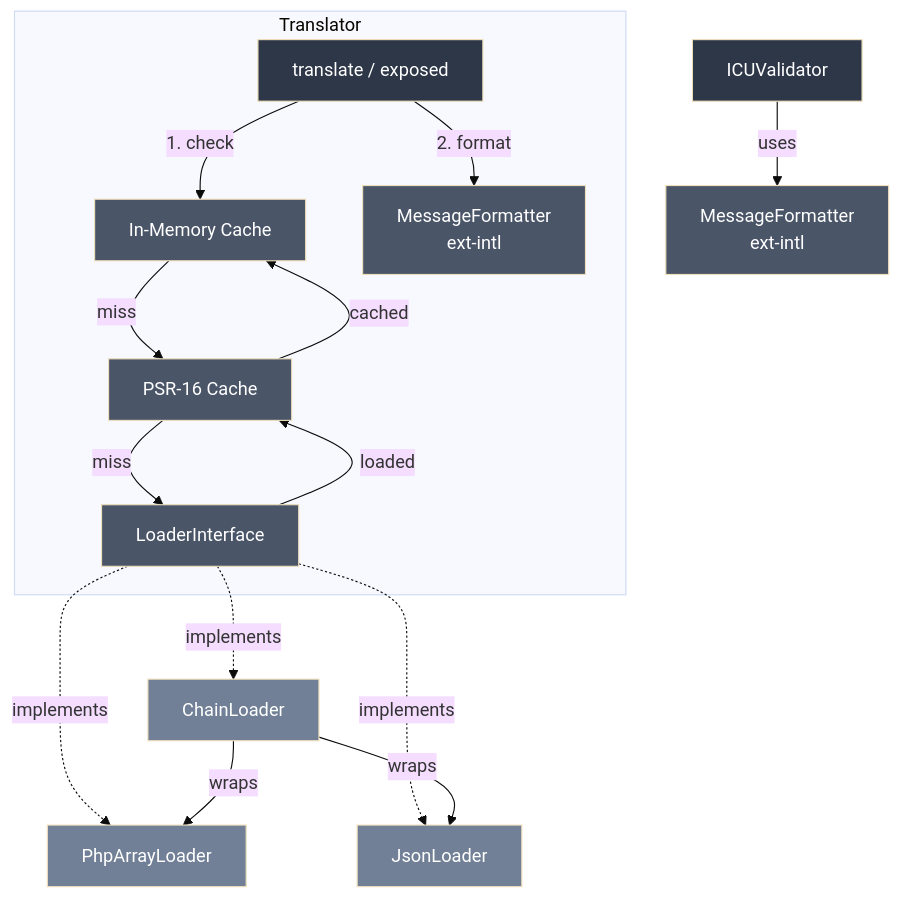
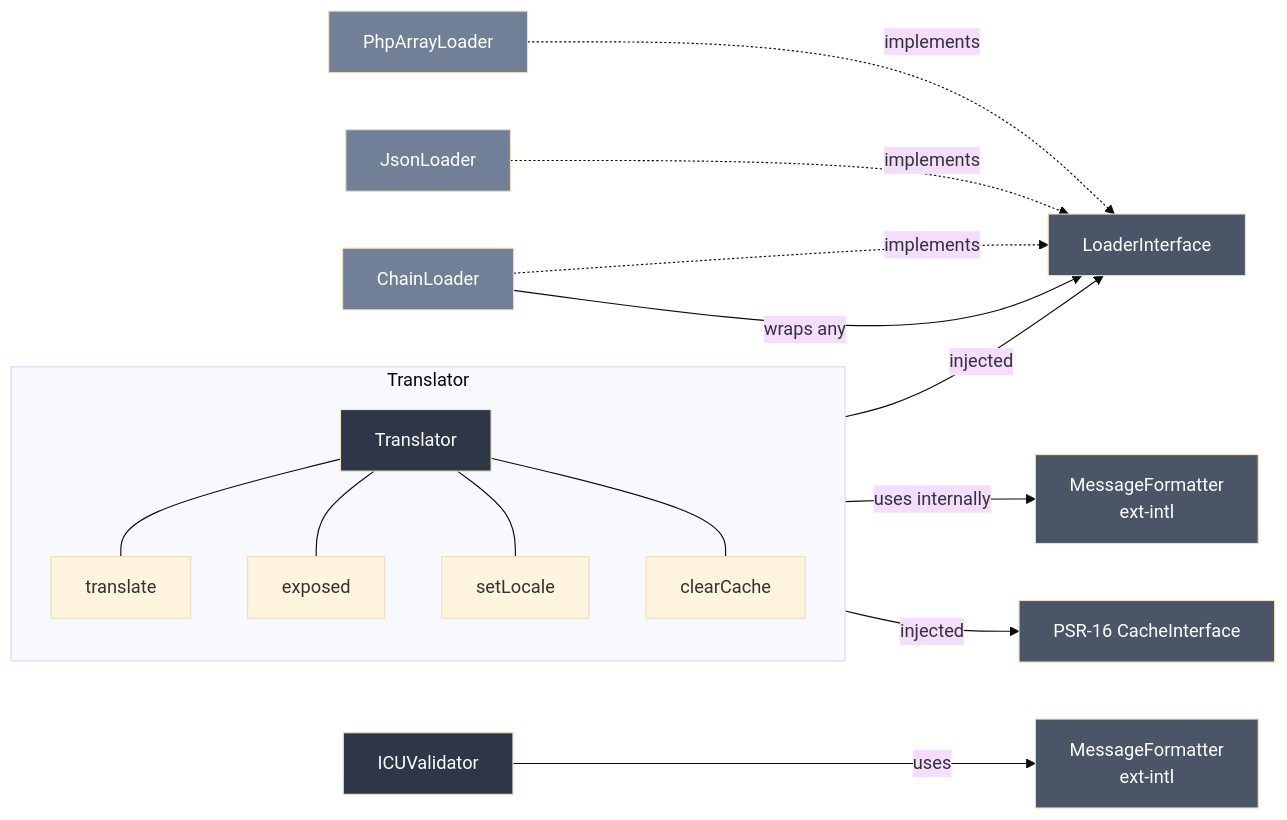
Before and after one commit to phpdot/i18n: the first of 2 diagrams in README.md, drawn with Mermaid (base theme). The commit also changed other lines of this file, not shown here.

Commit message:
Rewrite architecture and translation flow as proper Mermaid diagrams

````diff
--- a/README.md
+++ b/README.md
@@ -13,30 +13,32 @@
 ```mermaid
-graph TD
+graph LR
     subgraph Translator
-        TR[translate / exposed] -->|1. check| MEM[In-Memory Cache]
-        MEM -->|miss| PSR[PSR-16 Cache]
-        PSR -->|miss| LI[LoaderInterface]
-        LI -->|loaded| PSR
-        PSR -->|cached| MEM
-        TR -->|2. format| ICU[MessageFormatter<br/>ext-intl]
+        direction TB
+        T[Translator]
+        T --- translate
+        T --- exposed
+        T --- setLocale
+        T --- clearCache
     end
 
-    LI -.->|implements| PHP[PhpArrayLoader]
-    LI -.->|implements| JSON[JsonLoader]
-    LI -.->|implements| CL[ChainLoader]
-    CL -->|wraps| PHP
-    CL -->|wraps| JSON
+    T -->|injected| CACHE[PSR-16 CacheInterface]
+    T -->|injected| LOADER[LoaderInterface]
+    T -->|uses internally| FMT[MessageFormatter<br/>ext-intl]
 
-    V[ICUValidator] -->|uses| ICU2[MessageFormatter<br/>ext-intl]
+    PHP[PhpArrayLoader] -.->|implements| LOADER
+    JSON[JsonLoader] -.->|implements| LOADER
+    CL[ChainLoader] -.->|implements| LOADER
+    CL -->|wraps any| LOADER
 
-    style TR fill:#2d3748,color:#fff
+    V[ICUValidator] -->|uses| FMT2[MessageFormatter<br/>ext-intl]
+
+    style T fill:#2d3748,color:#fff
     style V fill:#2d3748,color:#fff
-    style MEM fill:#4a5568,color:#fff
-    style PSR fill:#4a5568,color:#fff
-    style LI fill:#4a5568,color:#fff
-    style ICU fill:#4a5568,color:#fff
-    style ICU2 fill:#4a5568,color:#fff
+    style CACHE fill:#4a5568,color:#fff
+    style LOADER fill:#4a5568,color:#fff
+    style FMT fill:#4a5568,color:#fff
+    style FMT2 fill:#4a5568,color:#fff
     style PHP fill:#718096,color:#fff
     style JSON fill:#718096,color:#fff
     style CL fill:#718096,color:#fff
 ```
````
